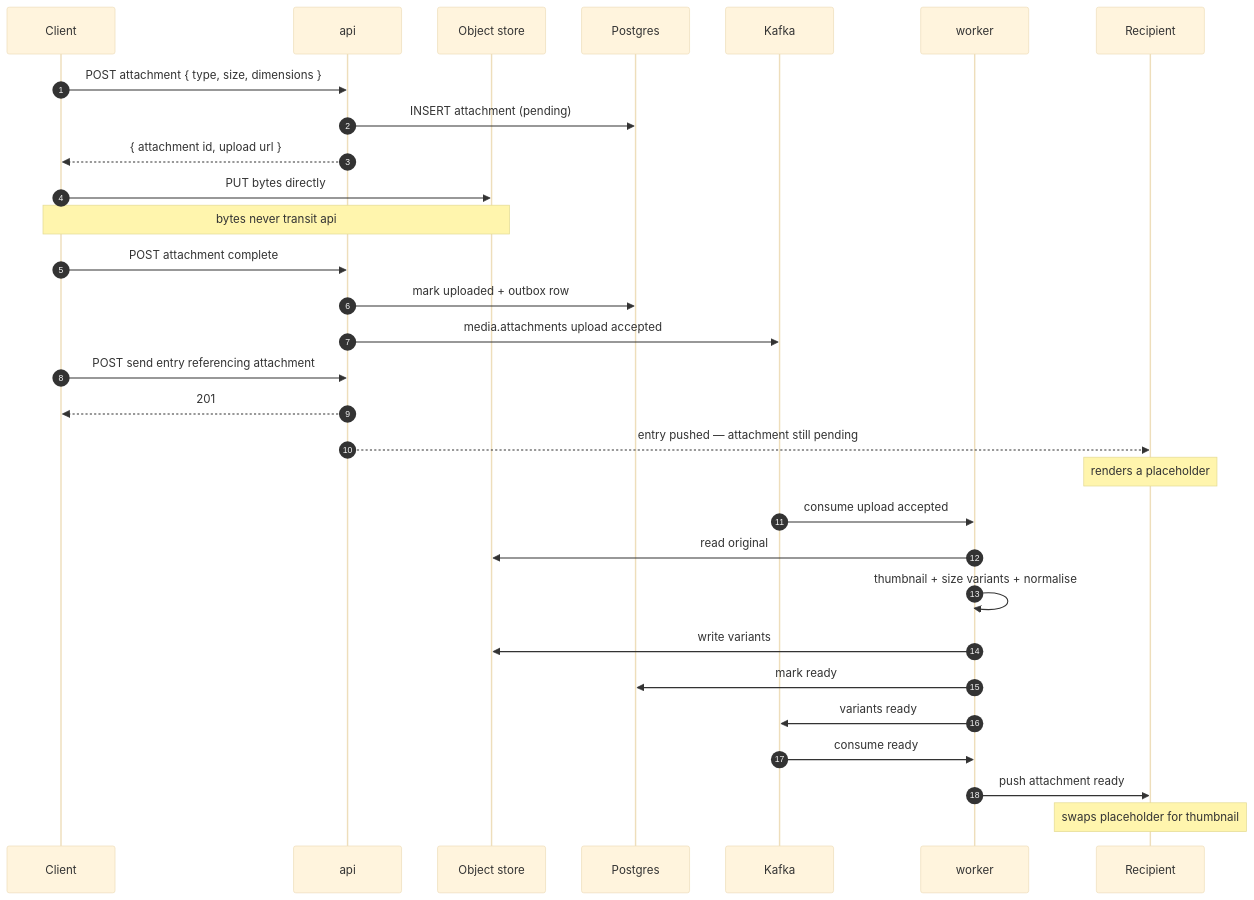
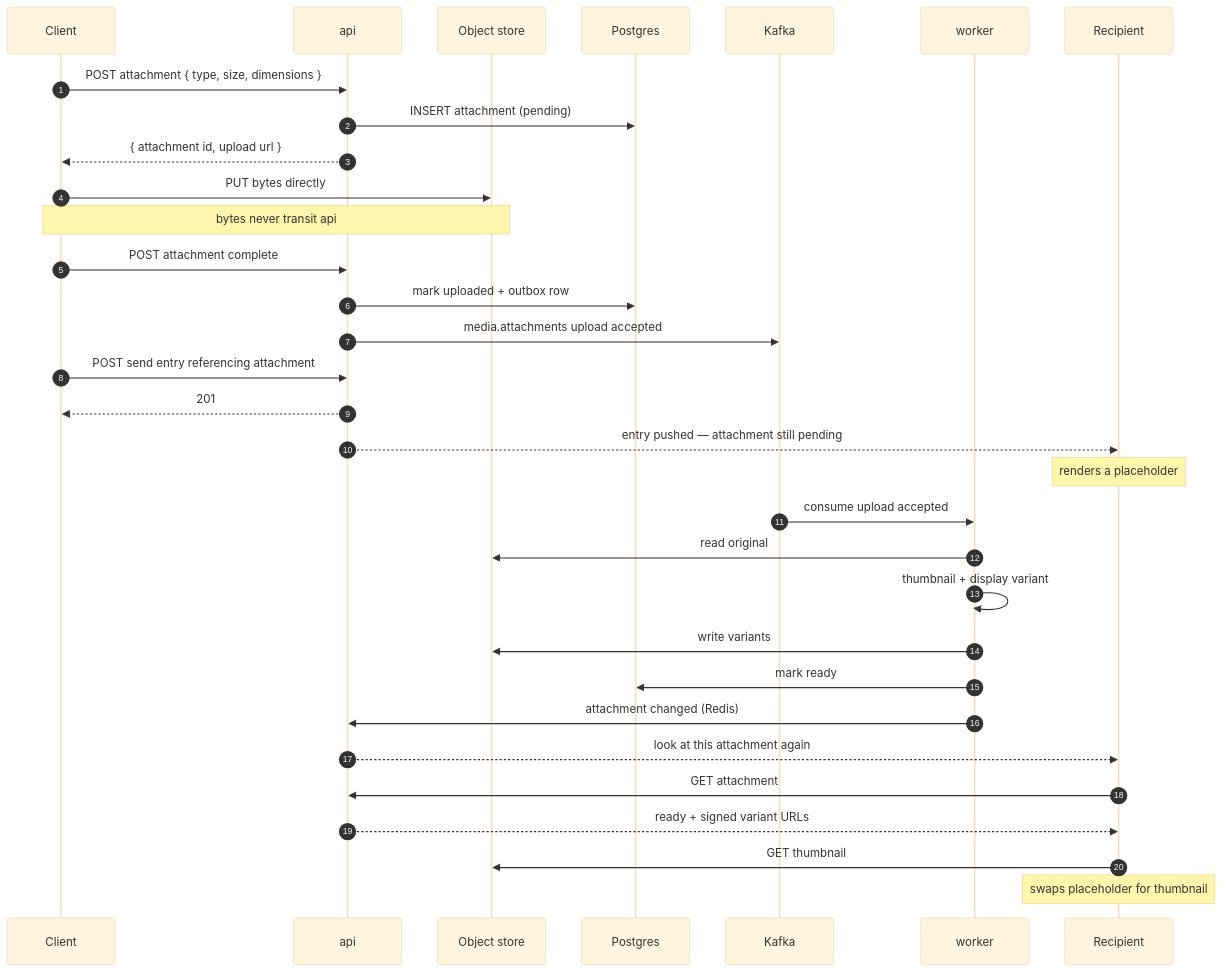
Before and after one commit to igor-dmscn/whatsapp-2: the fourth of 5 diagrams in docs/flows.md, drawn with Mermaid (base theme). The commit also changed other lines of this file and 8 other files, not shown here.

First line of the commit message:
docs(media): record the attachment flow as built, and its two limits

````diff
--- a/docs/flows.md
+++ b/docs/flows.md
@@ -113,35 +113,37 @@
 ```mermaid
 sequenceDiagram
     autonumber
     participant C as Client
     participant A as api
     participant B as Object store
     participant PG as Postgres
     participant K as Kafka
     participant W as worker
     participant RC as Recipient
 
     C->>A: POST attachment { type, size, dimensions }
     A->>PG: INSERT attachment (pending)
     A-->>C: { attachment id, upload url }
     C->>B: PUT bytes directly
     Note over C,B: bytes never transit api
     C->>A: POST attachment complete
     A->>PG: mark uploaded + outbox row
     A->>K: media.attachments upload accepted
 
     C->>A: POST send entry referencing attachment
     A-->>C: 201
     A-->>RC: entry pushed — attachment still pending
     Note over RC: renders a placeholder
 
     K->>W: consume upload accepted
     W->>B: read original
-    W->>W: thumbnail + size variants + normalise
+    W->>W: thumbnail + display variant
     W->>B: write variants
     W->>PG: mark ready
-    W->>K: variants ready
-    K->>W: consume ready
-    W->>RC: push attachment ready
+    W->>A: attachment changed (Redis)
+    A-->>RC: look at this attachment again
+    RC->>A: GET attachment
+    A-->>RC: ready + signed variant URLs
+    RC->>B: GET thumbnail
     Note over RC: swaps placeholder for thumbnail
 ```
````
